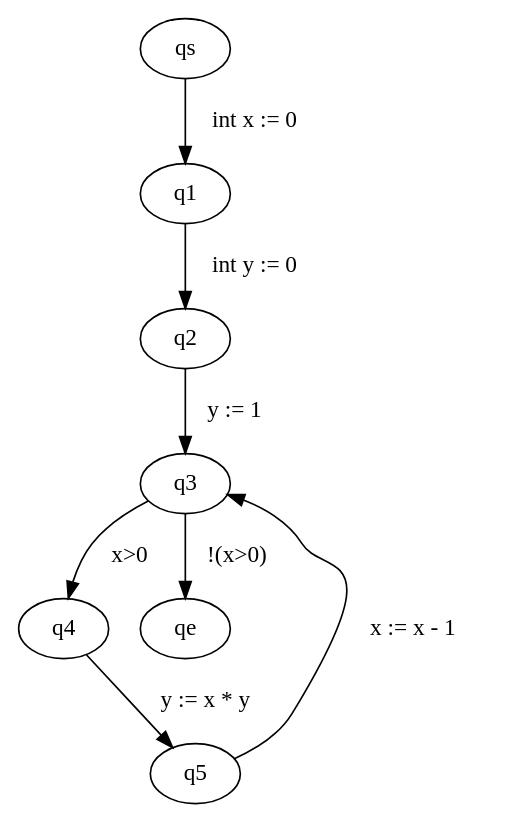
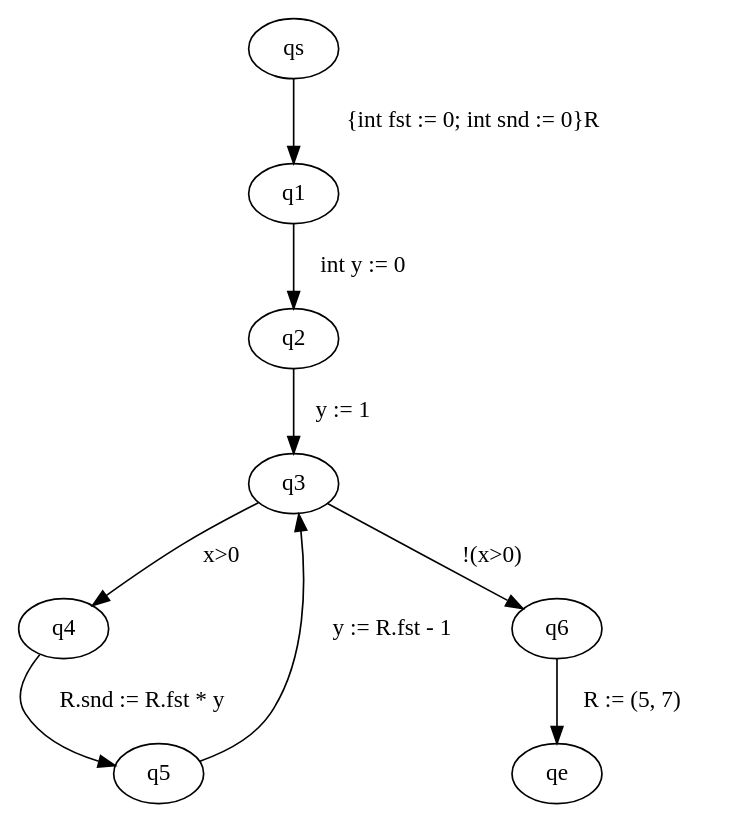
One commit to FloKes/ProgramAnalysis changed the diagram in src/main/java/graphviz/input.dot. Above: the diagram before and after it, drawn with Graphviz. The commit also changed 14 other files, not shown here.

```diff
--- a/src/main/java/graphviz/input.dot
+++ b/src/main/java/graphviz/input.dot
@@ -1,9 +1,10 @@
 digraph ProgramGraph{
-"qs" -> "q1" [label="  int x := 0   "] 
+"qs" -> "q1" [label="  {int fst := 0; int snd := 0}R   "] 
 "q1" -> "q2" [label="  int y := 0   "] 
 "q2" -> "q3" [label="  y := 1   "] 
 "q3" -> "q4" [label="  x>0   "] 
-"q3" -> "qe" [label="  !(x>0)   "] 
-"q4" -> "q5" [label="  y := x * y   "] 
-"q5" -> "q3" [label="  x := x - 1   "] 
+"q3" -> "q6" [label="  !(x>0)   "] 
+"q4" -> "q5" [label="  R.snd := R.fst * y   "] 
+"q5" -> "q3" [label="  y := R.fst - 1   "] 
+"q6" -> "qe" [label="  R := (5, 7)   "] 
 }
```
